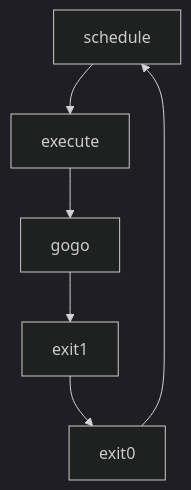
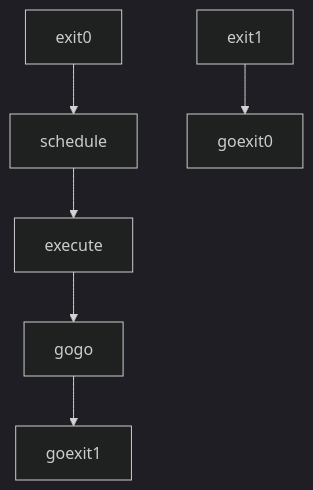
Before and after one commit to cch123/golang-notes: the ninth of 10 diagrams in scheduler.md, drawn with Mermaid (dark theme). The commit also changed other lines of this file, not shown here.

Commit message:
typo fix

````diff
--- a/scheduler.md
+++ b/scheduler.md
@@ -1180,8 +1180,8 @@
 ```mermaid
 graph TD
 schedule --> execute
 execute --> gogo
-gogo --> exit1
-exit1 --> exit0
+gogo --> goexit1
+exit1 --> goexit0
 exit0 --> schedule
 ```
````
